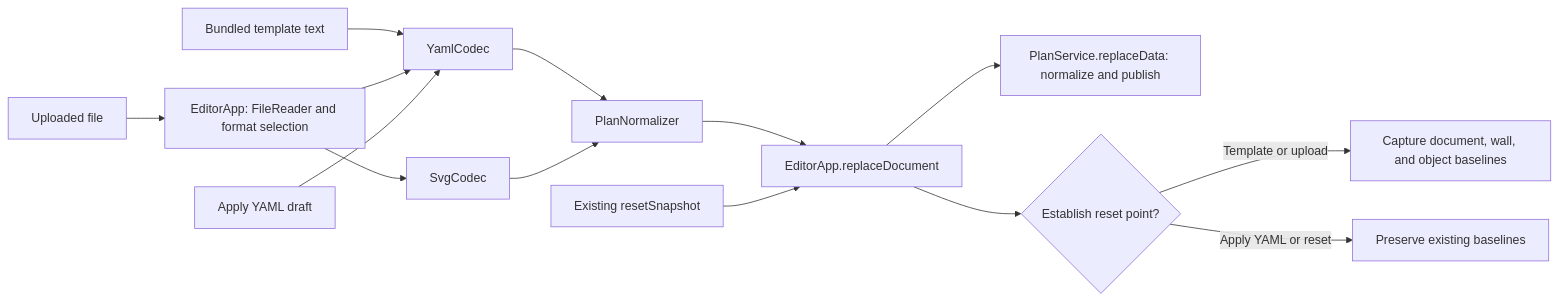
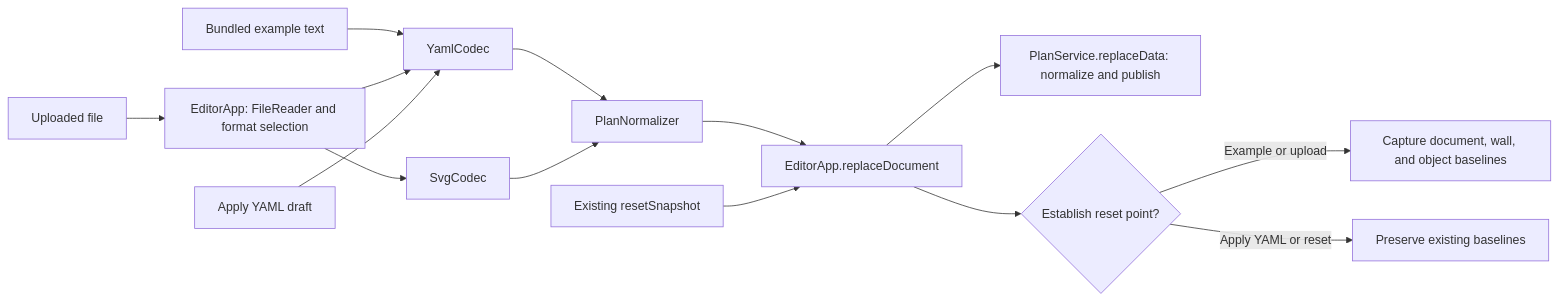
Before and after one commit to Antibrumm/tiling-editor: the fifth of 6 diagrams in docs/architecture.md, drawn with Mermaid. The commit also changed other lines of this file and 21 other files, not shown here.

Commit message:
rename template to example

````diff
--- a/docs/architecture.md
+++ b/docs/architecture.md
@@ -180,16 +180,16 @@
 ```mermaid
 flowchart LR
-    template["Bundled template text"] --> yaml["YamlCodec"]
+    example["Bundled example text"] --> yaml["YamlCodec"]
     file["Uploaded file"] --> reader["EditorApp: FileReader and format selection"]
     reader --> yaml
     reader --> svg["SvgCodec"]
     yaml --> normalize["PlanNormalizer"]
     svg --> normalize
     normalize --> replace["EditorApp.replaceDocument"]
     draft["Apply YAML draft"] --> yaml
     reset["Existing resetSnapshot"] --> replace
     replace --> service["PlanService.replaceData: normalize and publish"]
     replace --> choice{"Establish reset point?"}
-    choice -->|Template or upload| newBaseline["Capture document, wall, and object baselines"]
+    choice -->|Example or upload| newBaseline["Capture document, wall, and object baselines"]
     choice -->|Apply YAML or reset| oldBaseline["Preserve existing baselines"]
 ```
````
